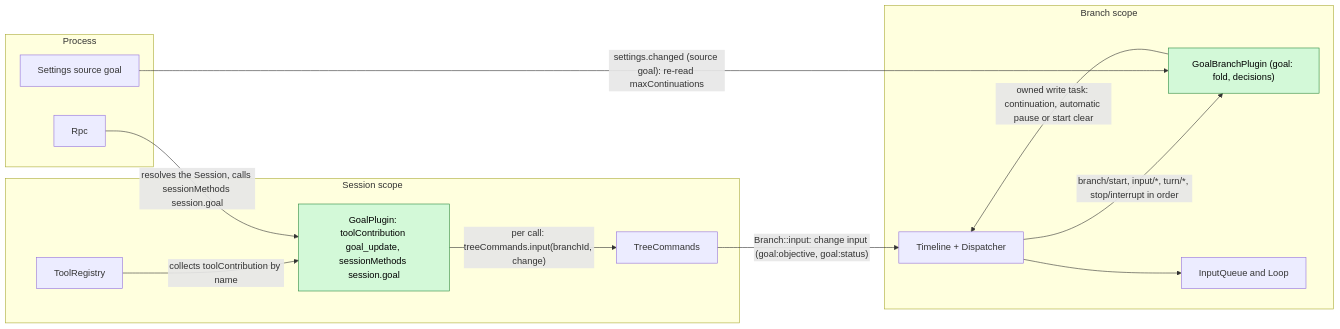
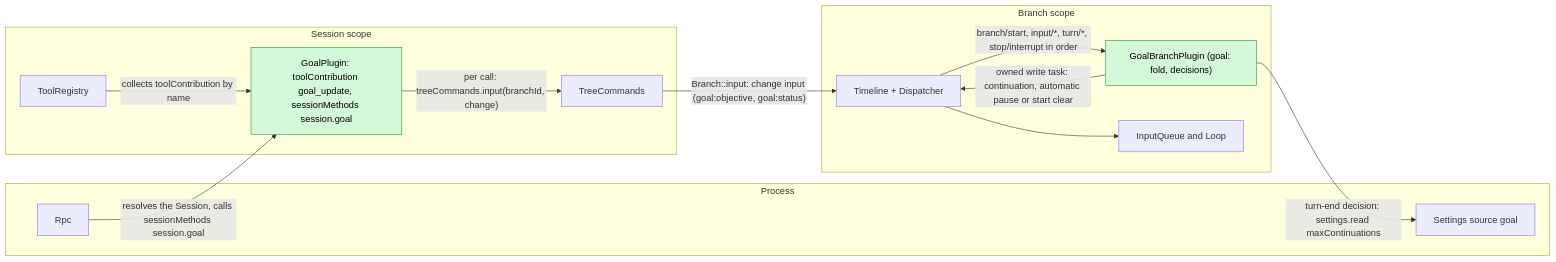
One commit to CoutinhoTTS/dim-agent changed the first of 7 diagrams in docs/design/plugins/Goal.md. Above: the diagram before and after it, drawn with Mermaid. The commit also changed other lines of this file and 4 other files, not shown here.

Commit message:
fix(goal): read continuation limits at decision time

````diff
--- a/docs/design/plugins/Goal.md
+++ b/docs/design/plugins/Goal.md
@@ -11,26 +11,26 @@
 ```mermaid
 flowchart LR
   subgraph PROC["Process"]
     Rpc["Rpc"]
     Settings["Settings source goal"]
   end
   subgraph SESS["Session scope"]
     GS["GoalPlugin: toolContribution goal_update, sessionMethods session.goal"]:::new
     TR["ToolRegistry"]
     TC["TreeCommands"]
   end
   subgraph BR["Branch scope"]
     GB["GoalBranchPlugin (goal: fold, decisions)"]:::new
     TL["Timeline + Dispatcher"]
     IQ["InputQueue and Loop"]
   end
   TR -- "collects toolContribution by name" --> GS
   Rpc -- "resolves the Session, calls sessionMethods session.goal" --> GS
   GS -- "per call: treeCommands.input(branchId, change)" --> TC
   TC -- "Branch::input: change input (goal:objective, goal:status)" --> TL
   TL -- "branch/start, input/*, turn/*, stop/interrupt in order" --> GB
   GB -- "owned write task: continuation, automatic pause or start clear" --> TL
-  Settings -- "settings.changed (source goal): re-read maxContinuations" --> GB
+  GB -- "turn-end decision: settings.read maxContinuations" --> Settings
   TL --> IQ
   classDef new fill:#d3f9d8,stroke:#2b8a3e,color:#000
 ```
````
